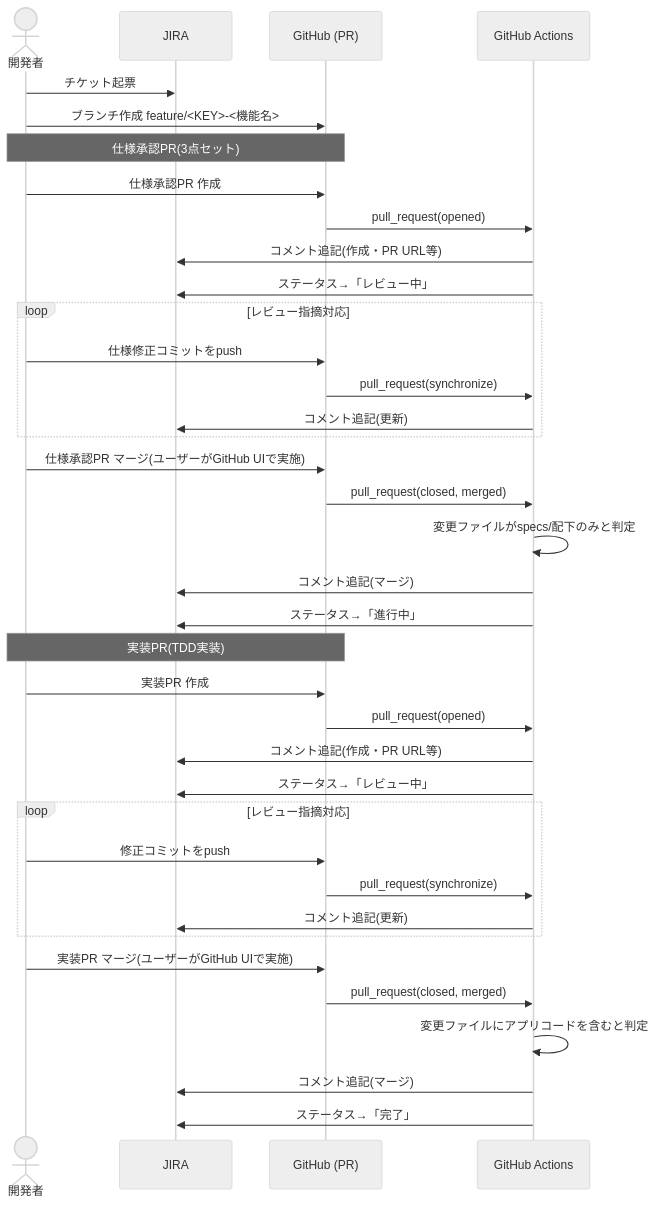
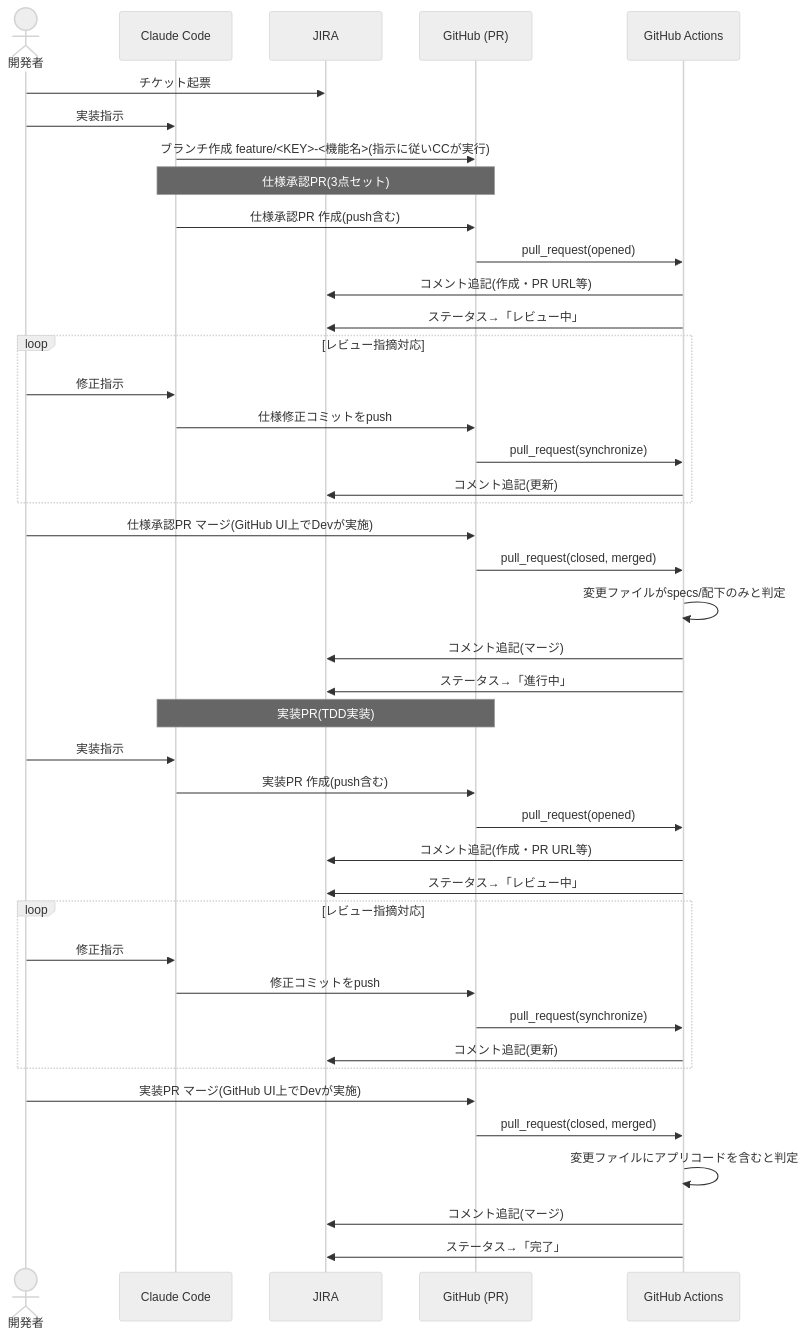
Before and after one commit to dnode-ryosuke-yamazaki/study: the diagram in specs/jira-automation/requirements.md, drawn with Mermaid (neutral theme).

Commit message:
requirements.mdの処理シーケンス図にClaude Codeを追加
ブランチ作成・コミット・push・PR作成は指示に従いClaude Codeが実行する役割と
して図に反映し、マージのみDevがGitHub UI上で実施する形に整理した。

````diff
--- a/specs/jira-automation/requirements.md
+++ b/specs/jira-automation/requirements.md
@@ -65,46 +65,51 @@
 ```mermaid
 sequenceDiagram
     actor Dev as 開発者
+    participant CC as Claude Code
     participant Jira as JIRA
     participant GH as GitHub (PR)
     participant Actions as GitHub Actions
 
     Dev->>Jira: チケット起票
-    Dev->>GH: ブランチ作成 feature/<KEY>-<機能名>
+    Dev->>CC: 実装指示
+    CC->>GH: ブランチ作成 feature/<KEY>-<機能名>(指示に従いCCが実行)
 
-    Note over Dev,GH: 仕様承認PR(3点セット)
-    Dev->>GH: 仕様承認PR 作成
+    Note over CC,GH: 仕様承認PR(3点セット)
+    CC->>GH: 仕様承認PR 作成(push含む)
     GH->>Actions: pull_request(opened)
     Actions->>Jira: コメント追記(作成・PR URL等)
     Actions->>Jira: ステータス→「レビュー中」
 
     loop レビュー指摘対応
-        Dev->>GH: 仕様修正コミットをpush
+        Dev->>CC: 修正指示
+        CC->>GH: 仕様修正コミットをpush
         GH->>Actions: pull_request(synchronize)
         Actions->>Jira: コメント追記(更新)
     end
 
-    Dev->>GH: 仕様承認PR マージ(ユーザーがGitHub UIで実施)
+    Dev->>GH: 仕様承認PR マージ(GitHub UI上でDevが実施)
     GH->>Actions: pull_request(closed, merged)
     Actions->>Actions: 変更ファイルがspecs/配下のみと判定
     Actions->>Jira: コメント追記(マージ)
     Actions->>Jira: ステータス→「進行中」
 
-    Note over Dev,GH: 実装PR(TDD実装)
-    Dev->>GH: 実装PR 作成
+    Note over CC,GH: 実装PR(TDD実装)
+    Dev->>CC: 実装指示
+    CC->>GH: 実装PR 作成(push含む)
     GH->>Actions: pull_request(opened)
     Actions->>Jira: コメント追記(作成・PR URL等)
     Actions->>Jira: ステータス→「レビュー中」
 
     loop レビュー指摘対応
-        Dev->>GH: 修正コミットをpush
+        Dev->>CC: 修正指示
+        CC->>GH: 修正コミットをpush
         GH->>Actions: pull_request(synchronize)
         Actions->>Jira: コメント追記(更新)
     end
 
-    Dev->>GH: 実装PR マージ(ユーザーがGitHub UIで実施)
+    Dev->>GH: 実装PR マージ(GitHub UI上でDevが実施)
     GH->>Actions: pull_request(closed, merged)
     Actions->>Actions: 変更ファイルにアプリコードを含むと判定
     Actions->>Jira: コメント追記(マージ)
     Actions->>Jira: ステータス→「完了」
 ```
````
